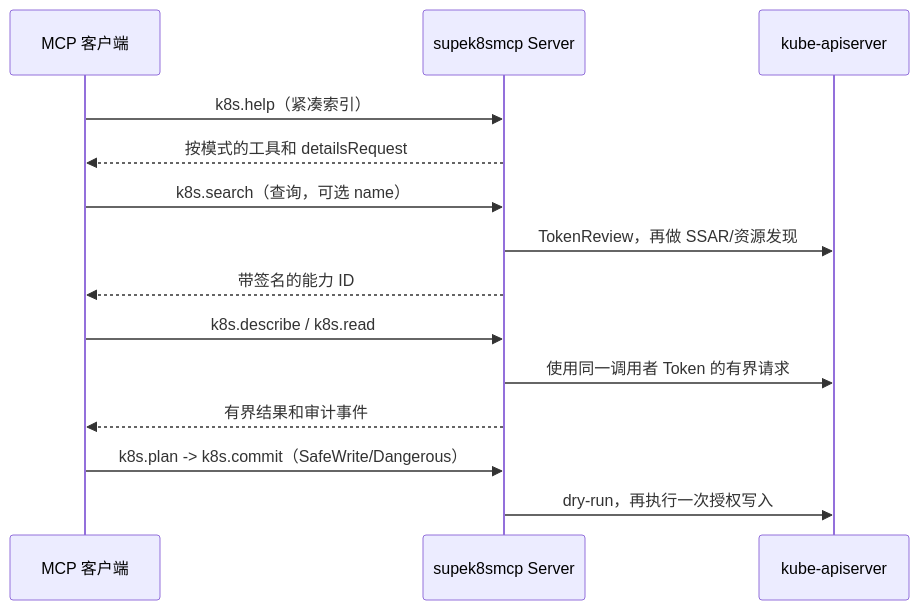
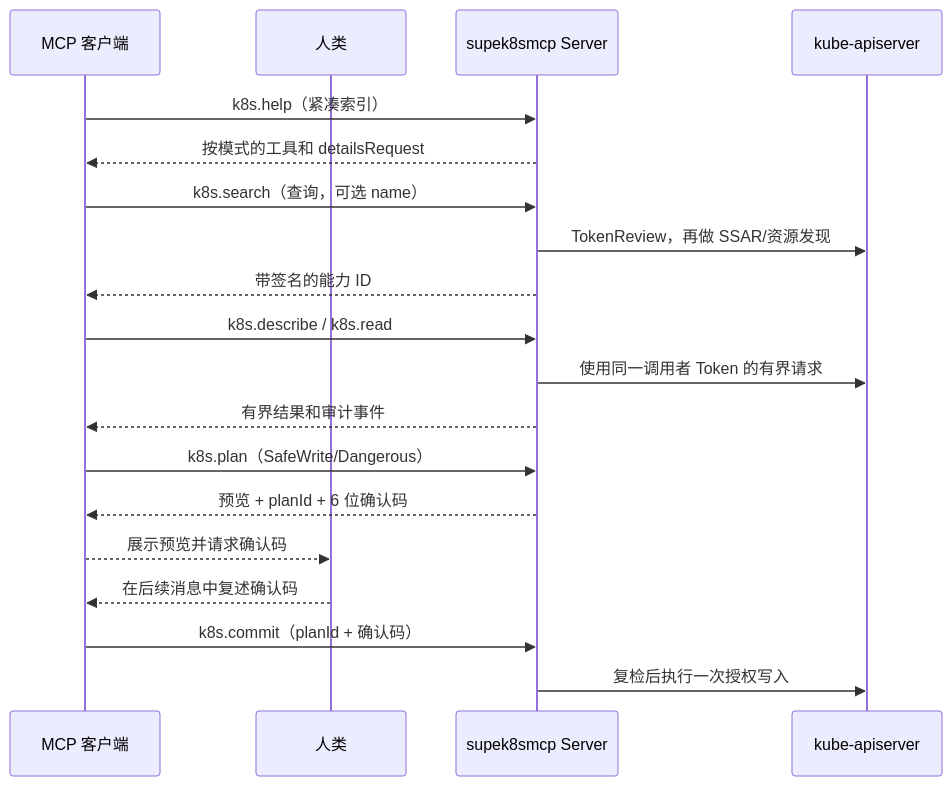
The first of 2 diagrams in README.zh-CN.md (SamuelSupe/supek8smcp), drawn with Mermaid before and after one commit. The commit also changed other lines of this file and 25 other files, not shown here.

````diff
--- a/README.zh-CN.md
+++ b/README.zh-CN.md
@@ -49,16 +51,21 @@
 ```mermaid
 sequenceDiagram
     participant C as MCP 客户端
+    participant H as 人类
     participant S as supek8smcp Server
     participant K as kube-apiserver
     C->>S: k8s.help（紧凑索引）
     S-->>C: 按模式的工具和 detailsRequest
     C->>S: k8s.search（查询，可选 name）
     S->>K: TokenReview，再做 SSAR/资源发现
     S-->>C: 带签名的能力 ID
     C->>S: k8s.describe / k8s.read
     S->>K: 使用同一调用者 Token 的有界请求
     S-->>C: 有界结果和审计事件
-    C->>S: k8s.plan -> k8s.commit（SafeWrite/Dangerous）
-    S->>K: dry-run，再执行一次授权写入
+    C->>S: k8s.plan（SafeWrite/Dangerous）
+    S-->>C: 预览 + planId + 6 位确认码
+    C-->>H: 展示预览并请求确认码
+    H-->>C: 在后续消息中复述确认码
+    C->>S: k8s.commit（planId + 确认码）
+    S->>K: 复检后执行一次授权写入
 ```
````
